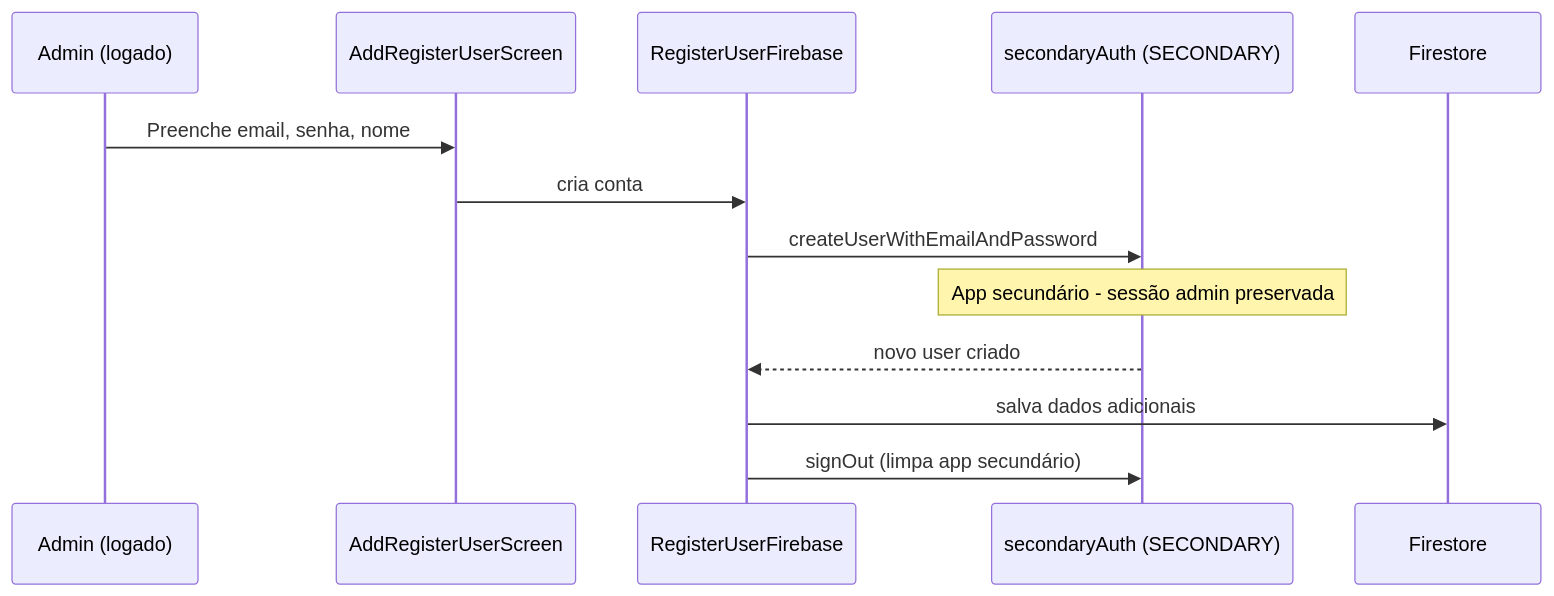
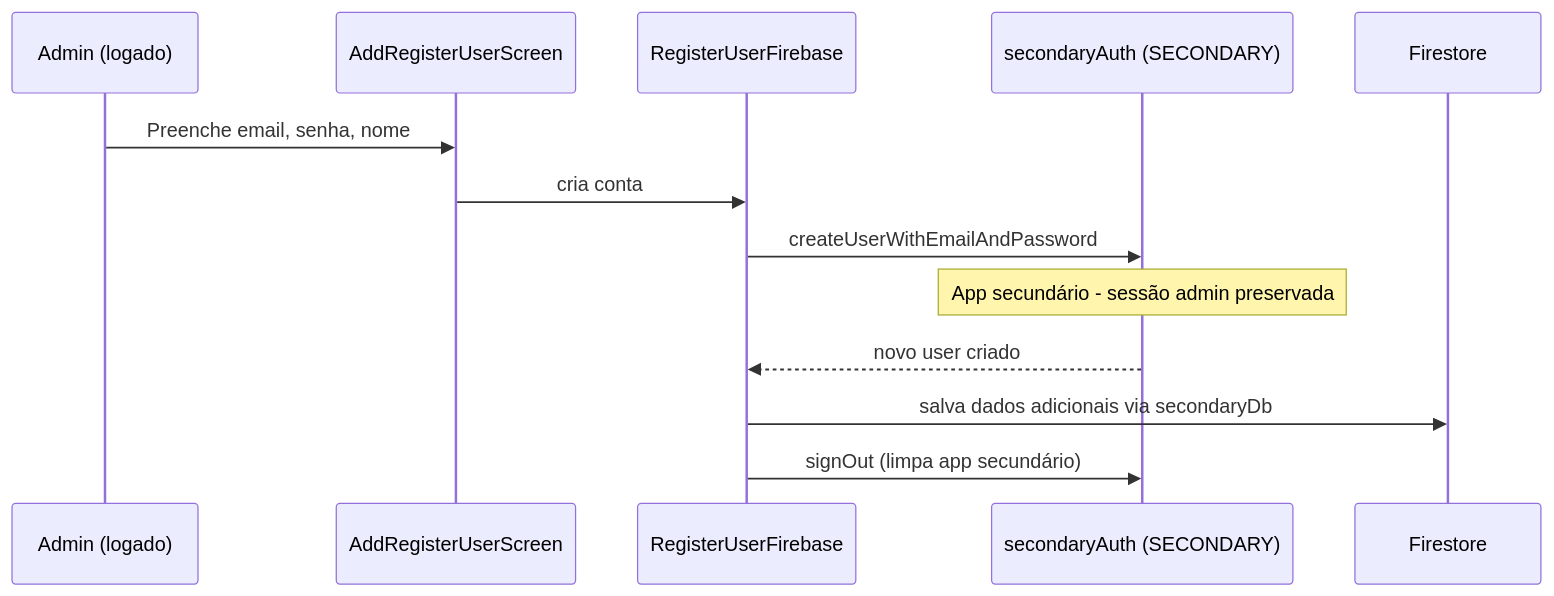
The diagram in Arquitetura/Gerenciamento de Usuários.md (gabrielmazz/finances-app), drawn with Mermaid before and after one commit. The commit also changed other lines of this file and 96 other files, not shown here.

````diff
--- a/Arquitetura/Gerenciamento de Usuários.md
+++ b/Arquitetura/Gerenciamento de Usuários.md
@@ -17,16 +17,16 @@
 ```mermaid
 sequenceDiagram
     participant ADMIN as Admin (logado)
     participant SCREEN as AddRegisterUserScreen
     participant RUF as RegisterUserFirebase
     participant SEC as secondaryAuth (SECONDARY)
     participant FS as Firestore
 
     ADMIN->>SCREEN: Preenche email, senha, nome
     SCREEN->>RUF: cria conta
     RUF->>SEC: createUserWithEmailAndPassword
     Note over SEC: App secundário - sessão admin preservada
     SEC-->>RUF: novo user criado
-    RUF->>FS: salva dados adicionais
+    RUF->>FS: salva dados adicionais via secondaryDb
     RUF->>SEC: signOut (limpa app secundário)
 ```
````
